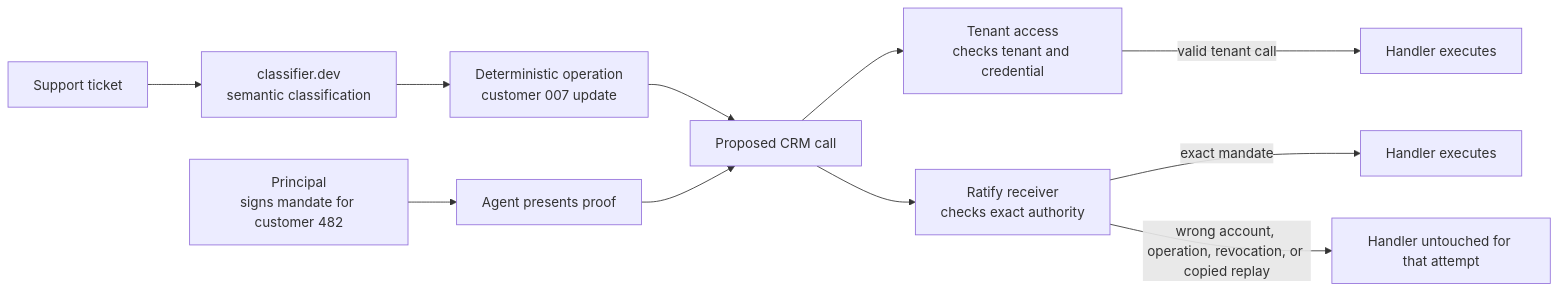
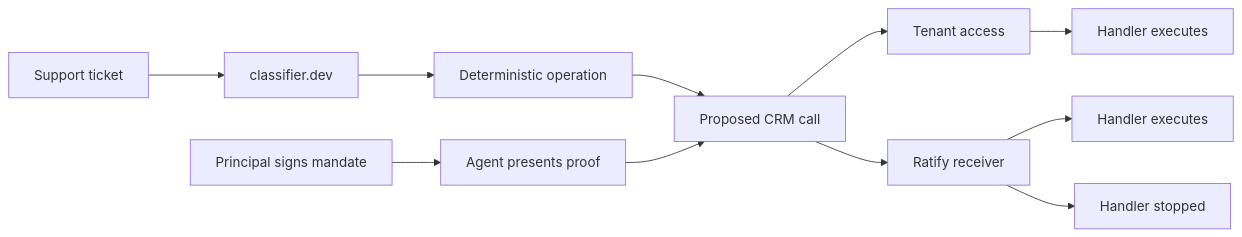
Before and after one commit to identities-ai/ratify-classifier-reference: the first of 2 diagrams in README.md, drawn with Mermaid.

Commit message:
Fix README Mermaid diagram

````diff
--- a/README.md
+++ b/README.md
@@ -90,14 +90,13 @@
 ```mermaid
-%%{init: {"flowchart": {"diagramPadding": 56}}}%%
 flowchart LR
-    T["Support ticket"] --> C["classifier.dev<br/>semantic classification"]
-    C --> O["Deterministic operation<br/>customer 007 update"]
-    P["Principal<br/>signs mandate for customer 482"] --> A["Agent presents proof"]
+    T["Support ticket"] --> C["classifier.dev"]
+    C --> O["Deterministic operation"]
+    P["Principal signs mandate"] --> A["Agent presents proof"]
     O --> B["Proposed CRM call"]
     A --> B
-    B --> U["Tenant access<br/>checks tenant and credential"]
-    B --> V["Ratify receiver<br/>checks exact authority"]
-    U -->|valid tenant call| H1["Handler executes"]
-    V -->|exact mandate| H2["Handler executes"]
-    V -->|wrong account, operation, revocation, or copied replay| D["Handler untouched for that attempt"]
+    B --> U["Tenant access"]
+    B --> V["Ratify receiver"]
+    U --> H1["Handler executes"]
+    V --> H2["Handler executes"]
+    V --> D["Handler stopped"]
 ```
````
